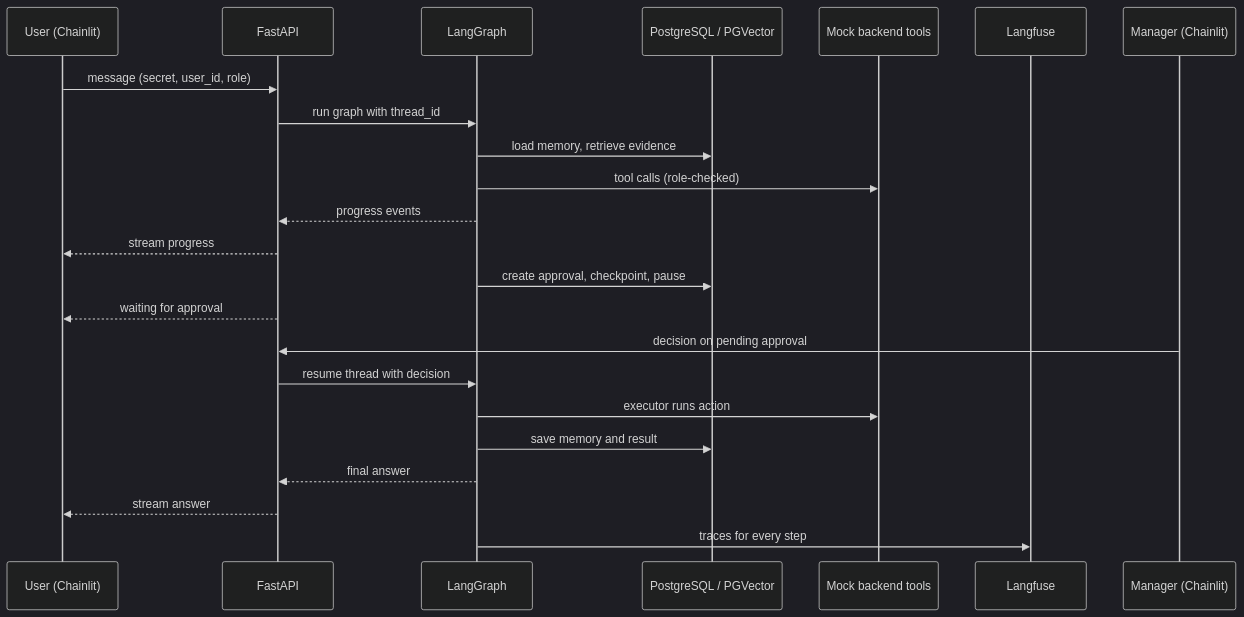
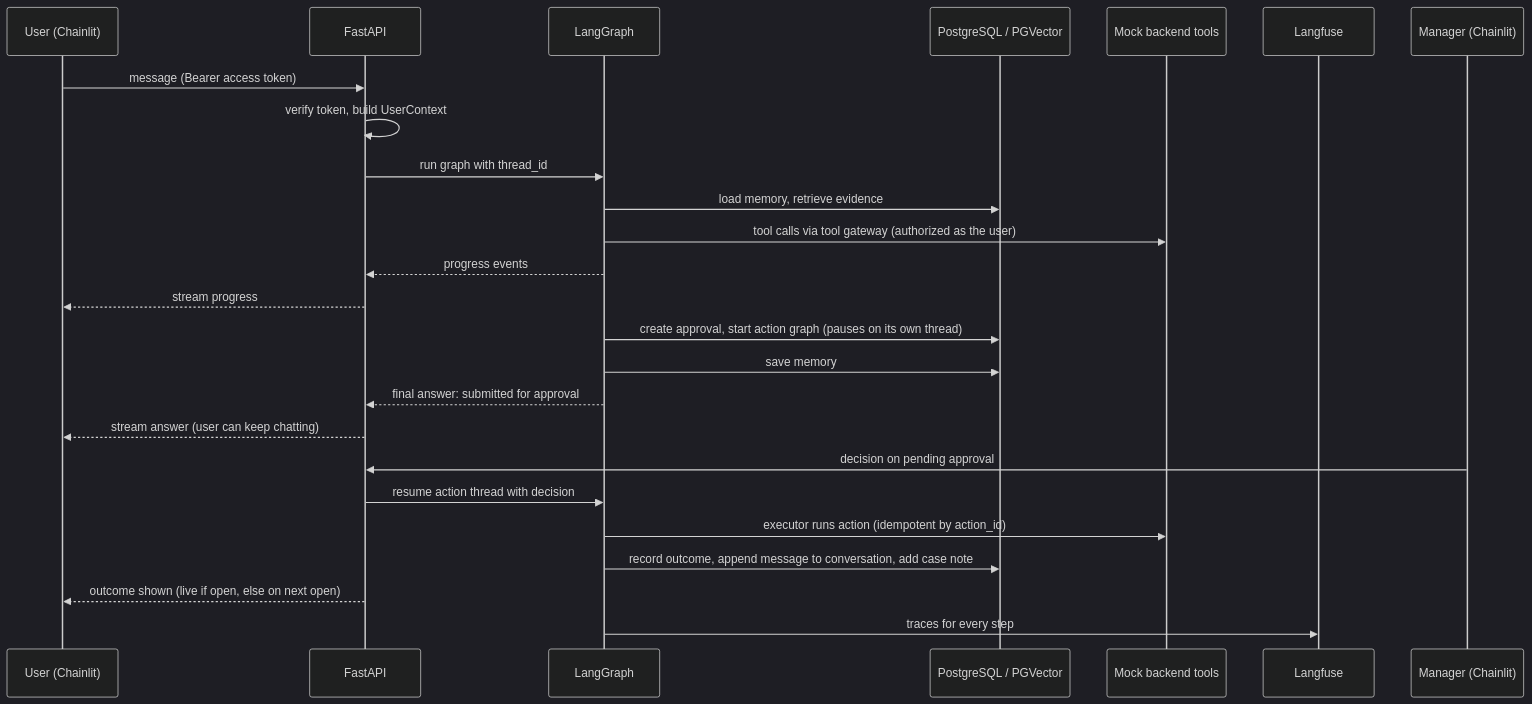
One commit to AnkushBhise/Enterprise_Operations_Copilot changed the sixth of 8 diagrams in docs/design.md. Above: the diagram before and after it, drawn with Mermaid (dark theme). The commit also changed other lines of this file and 2 other files, not shown here.

````diff
--- a/docs/design.md
+++ b/docs/design.md
@@ -438,25 +458,27 @@
 ```mermaid
 sequenceDiagram
     participant U as User (Chainlit)
     participant API as FastAPI
     participant G as LangGraph
     participant DB as PostgreSQL / PGVector
     participant T as Mock backend tools
     participant L as Langfuse
     participant M as Manager (Chainlit)
-    U->>API: message (secret, user_id, role)
+    U->>API: message (Bearer access token)
+    API->>API: verify token, build UserContext
     API->>G: run graph with thread_id
     G->>DB: load memory, retrieve evidence
-    G->>T: tool calls (role-checked)
+    G->>T: tool calls via tool gateway (authorized as the user)
     G-->>API: progress events
     API-->>U: stream progress
-    G->>DB: create approval, checkpoint, pause
-    API-->>U: waiting for approval
+    G->>DB: create approval, start action graph (pauses on its own thread)
+    G->>DB: save memory
+    G-->>API: final answer: submitted for approval
+    API-->>U: stream answer (user can keep chatting)
     M->>API: decision on pending approval
-    API->>G: resume thread with decision
-    G->>T: executor runs action
-    G->>DB: save memory and result
-    G-->>API: final answer
-    API-->>U: stream answer
+    API->>G: resume action thread with decision
+    G->>T: executor runs action (idempotent by action_id)
+    G->>DB: record outcome, append message to conversation, add case note
+    API-->>U: outcome shown (live if open, else on next open)
     G->>L: traces for every step
 ```
````
